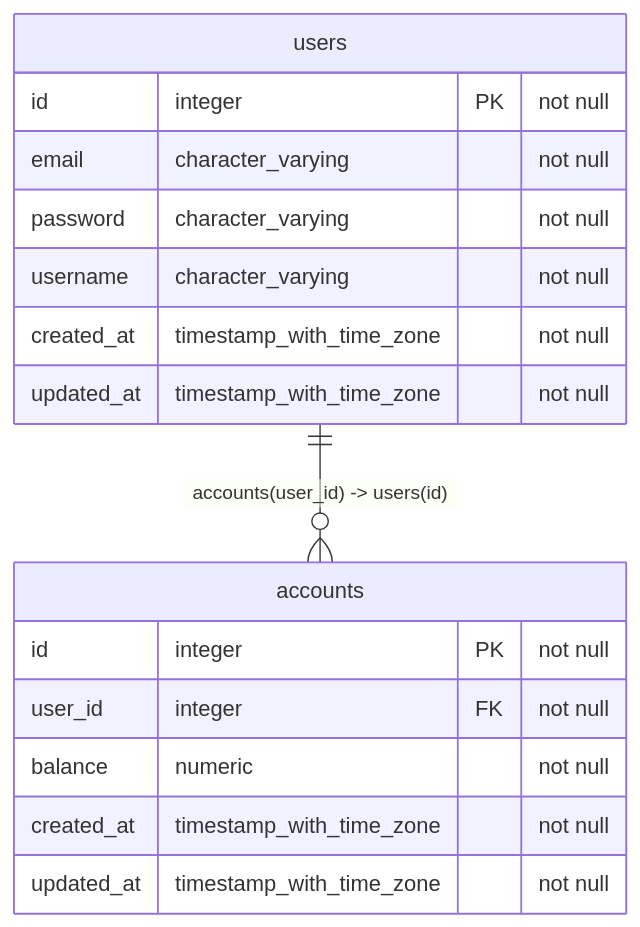
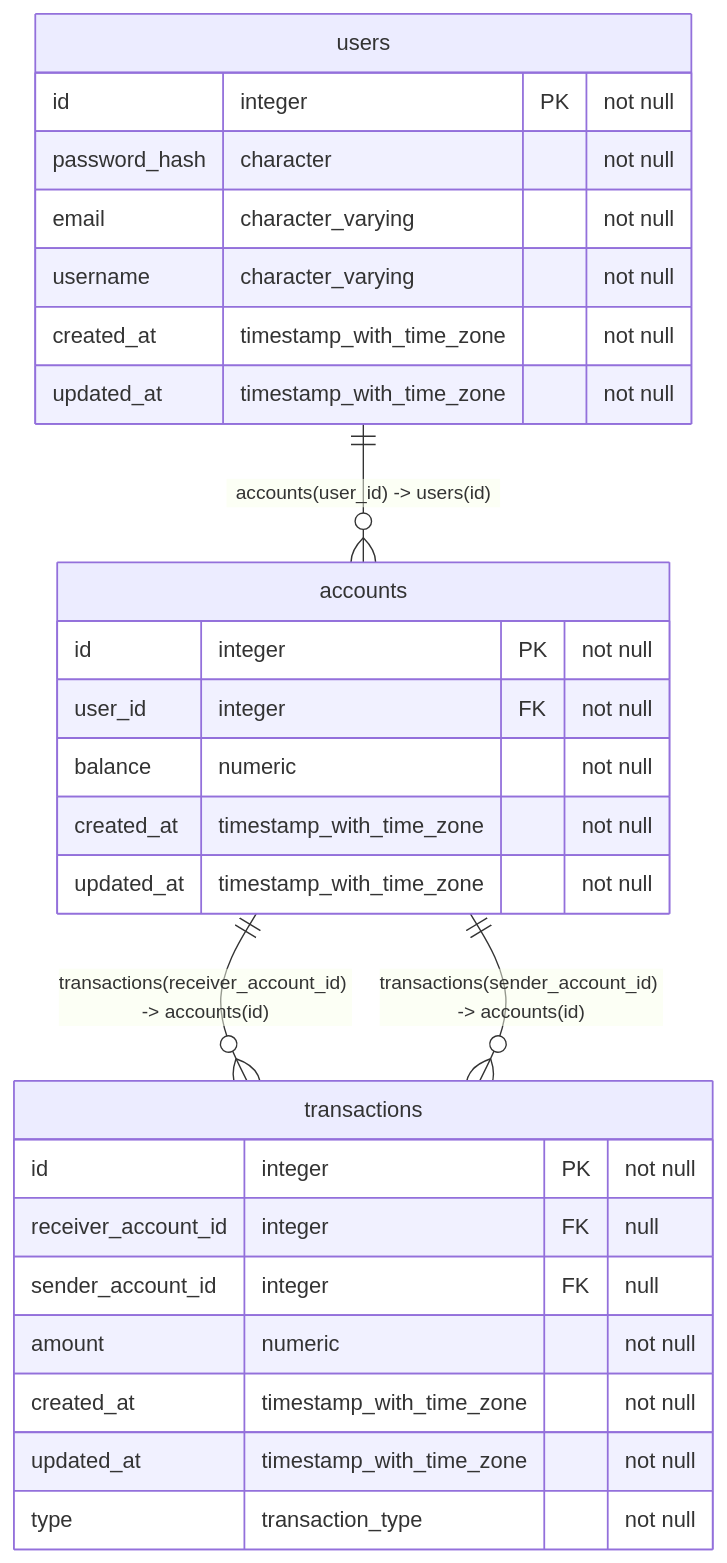
Before and after one commit to dzherb/mifi-bank-system: the diagram in database.md, drawn with Mermaid. The commit also changed other lines of this file and 8 other files, not shown here.

````diff
--- a/database.md
+++ b/database.md
@@ -3,22 +3,34 @@
 ```mermaid
 erDiagram
 
     accounts {
         id integer PK "not null"
         user_id integer FK "not null"
         balance numeric "not null"
         created_at timestamp_with_time_zone "not null"
         updated_at timestamp_with_time_zone "not null"
     }
 
+    transactions {
+        id integer PK "not null"
+        receiver_account_id integer FK "null"
+        sender_account_id integer FK "null"
+        amount numeric "not null"
+        created_at timestamp_with_time_zone "not null"
+        updated_at timestamp_with_time_zone "not null"
+        type transaction_type "not null"
+    }
+
     users {
         id integer PK "not null"
+        password_hash character "not null"
         email character_varying "not null"
-        password character_varying "not null"
         username character_varying "not null"
         created_at timestamp_with_time_zone "not null"
         updated_at timestamp_with_time_zone "not null"
     }
 
+    accounts ||--o{ transactions : "transactions(receiver_account_id) -> accounts(id)"
+    accounts ||--o{ transactions : "transactions(sender_account_id) -> accounts(id)"
     users ||--o{ accounts : "accounts(user_id) -> users(id)"
 ```
````
